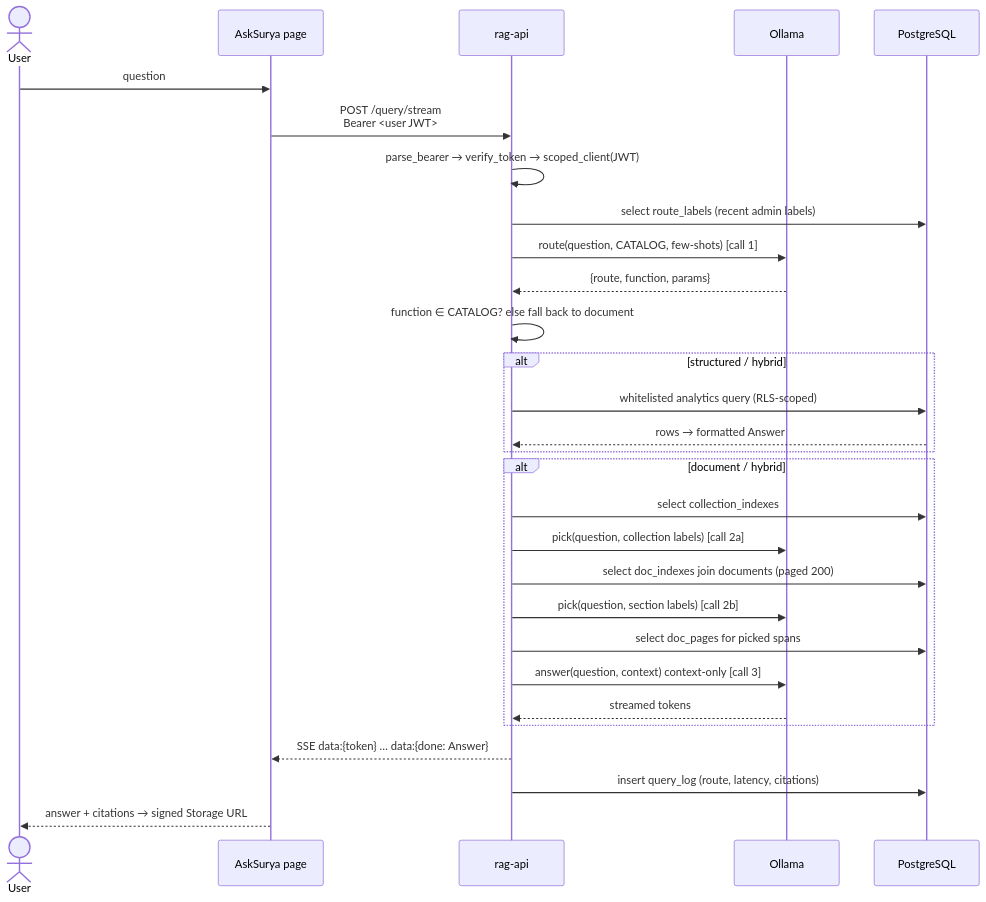
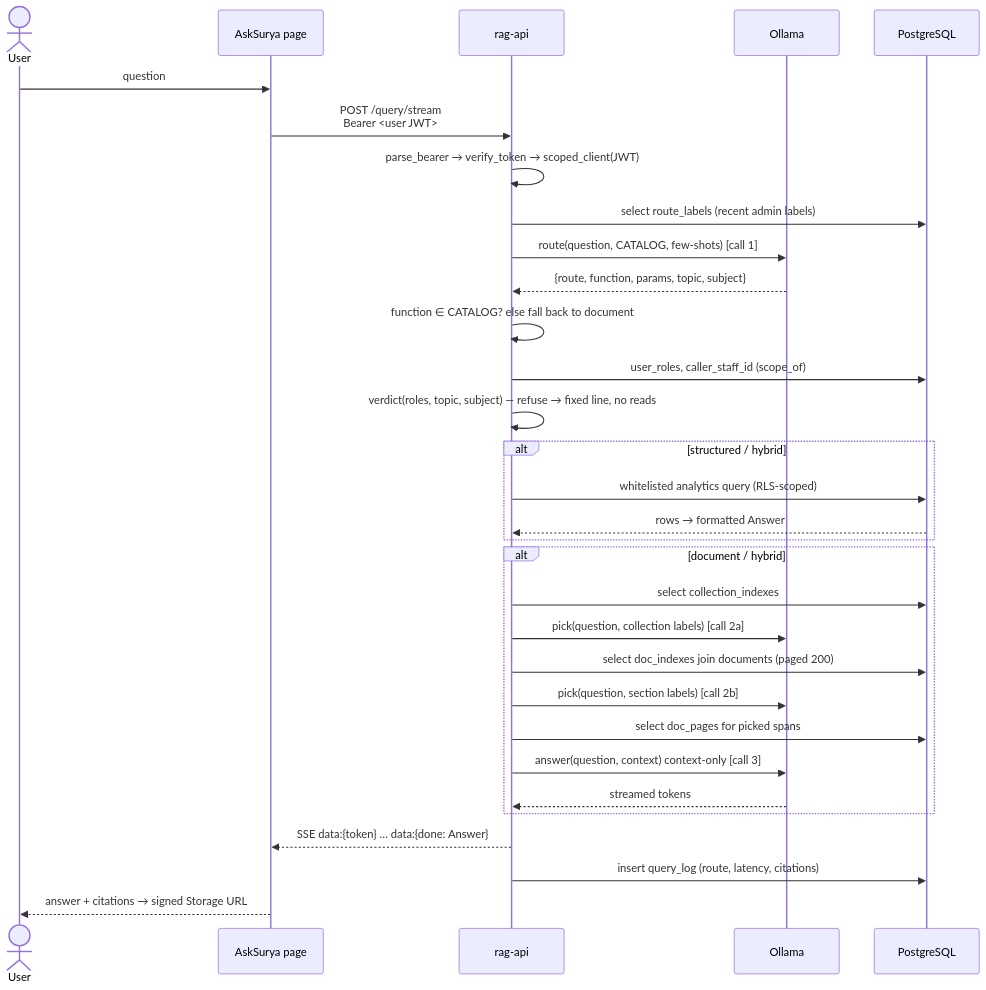
Before and after one commit to vkhare87/SuryaCSIR: the third of 16 diagrams in docs/engineering/system_design.md, drawn with Mermaid. The commit also changed other lines of this file and 5 other files, not shown here.

````diff
--- a/docs/engineering/system_design.md
+++ b/docs/engineering/system_design.md
@@ -100,35 +100,37 @@
 ```mermaid
 sequenceDiagram
   actor U as User
   participant SPA as AskSurya page
   participant API as rag-api
   participant LLM as Ollama
   participant PG as PostgreSQL
 
   U->>SPA: question
   SPA->>API: POST /query/stream<br/>Bearer <user JWT>
   API->>API: parse_bearer → verify_token → scoped_client(JWT)
   API->>PG: select route_labels (recent admin labels)
   API->>LLM: route(question, CATALOG, few-shots)      [call 1]
-  LLM-->>API: {route, function, params}
+  LLM-->>API: {route, function, params, topic, subject}
   API->>API: function ∈ CATALOG? else fall back to document
+  API->>PG: user_roles, caller_staff_id (scope_of)
+  API->>API: verdict(roles, topic, subject) — refuse → fixed line, no reads
 
   alt structured / hybrid
     API->>PG: whitelisted analytics query (RLS-scoped)
     PG-->>API: rows → formatted Answer
   end
 
   alt document / hybrid
     API->>PG: select collection_indexes
     API->>LLM: pick(question, collection labels)       [call 2a]
     API->>PG: select doc_indexes join documents (paged 200)
     API->>LLM: pick(question, section labels)          [call 2b]
     API->>PG: select doc_pages for picked spans
     API->>LLM: answer(question, context)  context-only [call 3]
     LLM-->>API: streamed tokens
   end
 
   API-->>SPA: SSE data:{token} … data:{done: Answer}
   API->>PG: insert query_log (route, latency, citations)
   SPA-->>U: answer + citations → signed Storage URL
 ```
````
